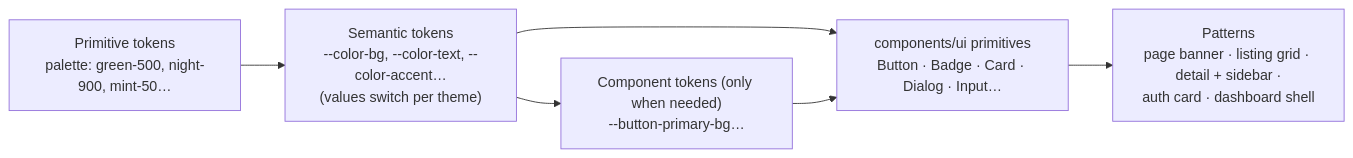
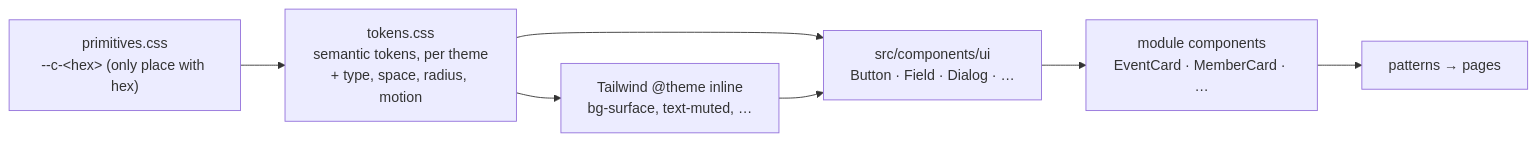
One commit to Hussain560/sdc_web changed the diagram in docs/10-design-system/README.md. Above: the diagram before and after it, drawn with Mermaid. The commit also changed other lines of this file and 404 other files, not shown here.

````diff
--- a/docs/10-design-system/README.md
+++ b/docs/10-design-system/README.md
@@ -40,8 +30,9 @@
 ```mermaid
 flowchart LR
-    P["Primitive tokens<br/>palette: green-500, night-900, mint-50…"] --> S["Semantic tokens<br/>--color-bg, --color-text, --color-accent…<br/>(values switch per theme)"]
-    S --> C["Component tokens (only when needed)<br/>--button-primary-bg…"]
-    S --> UI["components/ui primitives<br/>Button · Badge · Card · Dialog · Input…"]
-    C --> UI
-    UI --> PAT["Patterns<br/>page banner · listing grid · detail + sidebar ·<br/>auth card · dashboard shell"]
+    P["primitives.css<br/>--c-&lt;hex&gt; (only place with hex)"] --> S["tokens.css<br/>semantic tokens, per theme<br/>+ type, space, radius, motion"]
+    S --> TW["Tailwind @theme inline<br/>bg-surface, text-muted, …"]
+    S --> UI["src/components/ui<br/>Button · Field · Dialog · …"]
+    TW --> UI
+    UI --> DOM["module components<br/>EventCard · MemberCard · …"]
+    DOM --> PAT["patterns → pages"]
 ```
````
